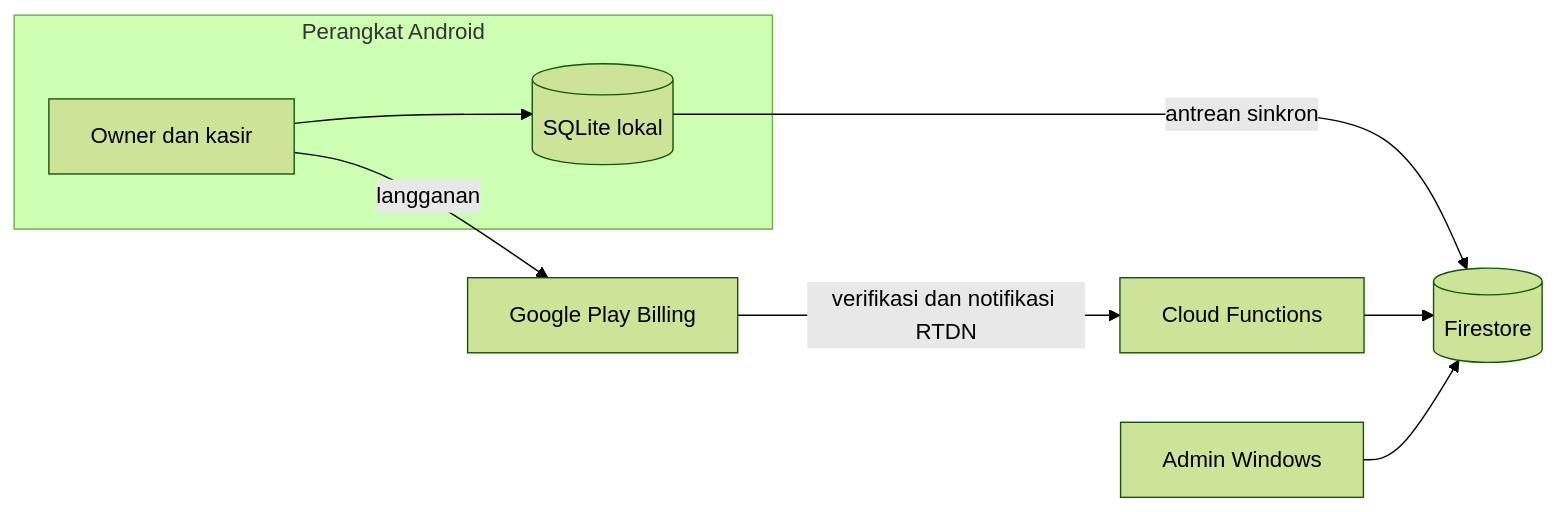
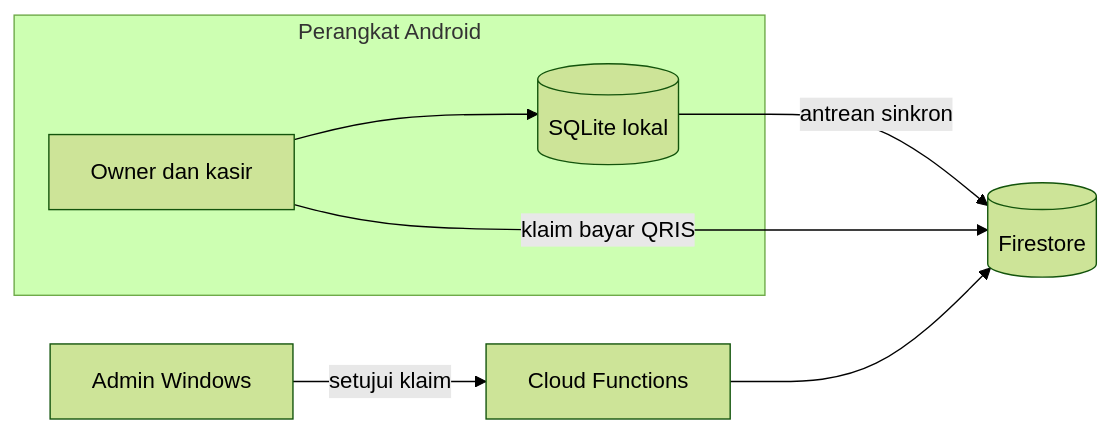
Before and after one commit to filodev0606-glitch/filodev0606-glitch: the first of 4 diagrams in projects/filokasir-filolaundry.md, drawn with Mermaid (forest theme). The commit also changed other lines of this file and 55 other files, not shown here.

Commit message:
Tambah cuplikan kode, platform kelas online, contoh web dan template; perbaiki deskripsi langganan; tambah LinkedIn

````diff
--- a/projects/filokasir-filolaundry.md
+++ b/projects/filokasir-filolaundry.md
@@ -11,11 +11,10 @@
 ```mermaid
 flowchart LR
     subgraph HP["Perangkat Android"]
         A["Owner dan kasir"] --> B[("SQLite lokal")]
     end
     B -->|"antrean sinkron"| C[("Firestore")]
-    A -->|"langganan"| D["Google Play Billing"]
-    D -->|"verifikasi dan notifikasi RTDN"| E["Cloud Functions"]
+    A -->|"klaim bayar QRIS"| C
+    F["Admin Windows"] -->|"setujui klaim"| E["Cloud Functions"]
     E --> C
-    F["Admin Windows"] --> C
 ```
````
